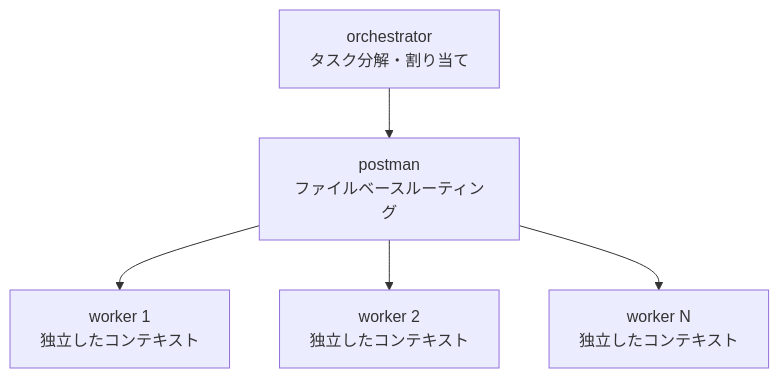
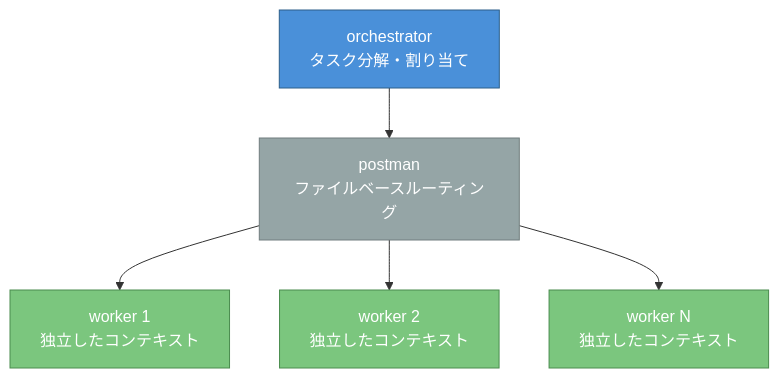
The second of 4 diagrams in slides/2026-03-04-multi-agent-orchestration.qmd (i9wa4/i9wa4.github.io), drawn with Mermaid before and after one commit. The commit also changed other lines of this file, not shown here.

````diff
--- a/slides/2026-03-04-multi-agent-orchestration.qmd
+++ b/slides/2026-03-04-multi-agent-orchestration.qmd
@@ -192,12 +200,18 @@
 ```{mermaid}
 graph TD
   ORC["orchestrator<br/>タスク分解・割り当て"]
   POST["postman<br/>ファイルベースルーティング"]
   W1["worker 1<br/>独立したコンテキスト"]
   W2["worker 2<br/>独立したコンテキスト"]
   WN["worker N<br/>独立したコンテキスト"]
   ORC --> POST
   POST --> W1
   POST --> W2
   POST --> WN
+  classDef orchClass   fill:#4A90D9,color:#fff,stroke:#2C5F8A
+  classDef postClass   fill:#95A5A6,color:#fff,stroke:#717D7E
+  classDef workerClass fill:#7BC67E,color:#fff,stroke:#4A8C4E
+  class ORC orchClass
+  class POST postClass
+  class W1,W2,WN workerClass
 ```
````
